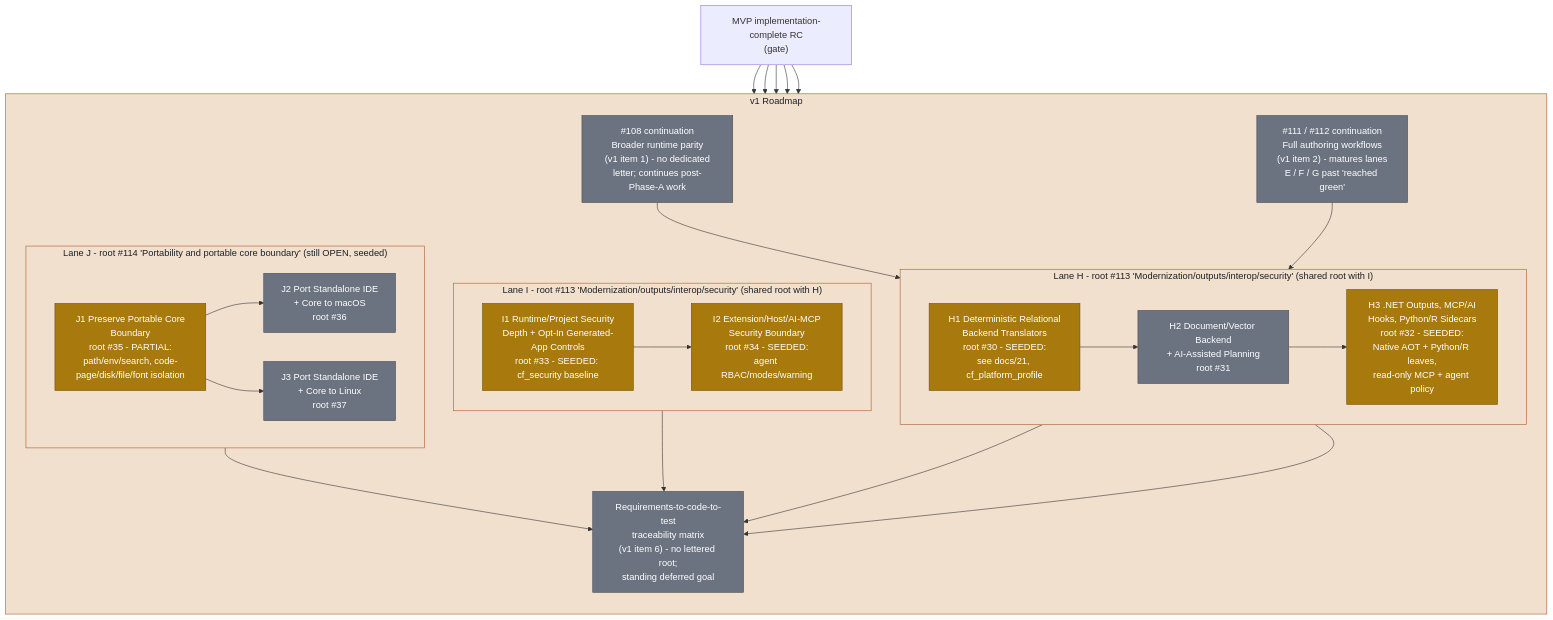
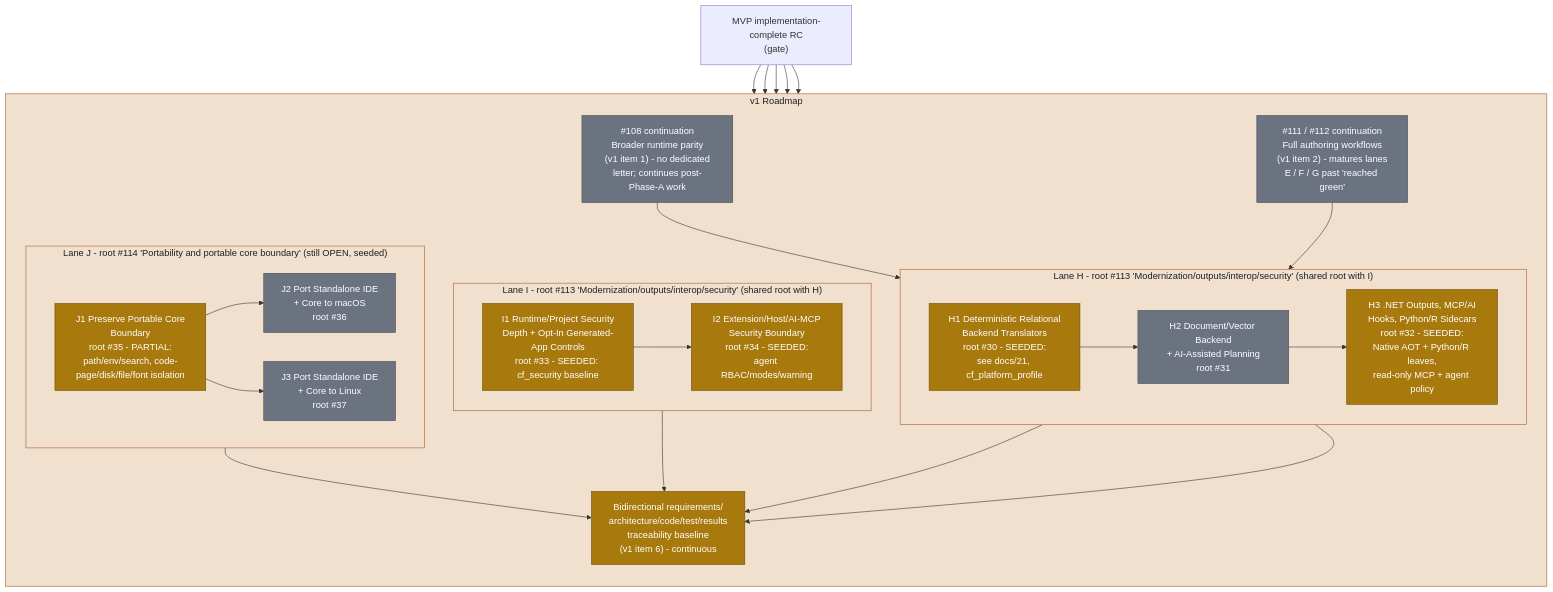
One commit to rhamenator/Project-Copperfin changed the diagram in docs/diagrams/roadmap-v1-lanes-hij.md. Above: the diagram before and after it, drawn with Mermaid. The commit also changed 16 other files, not shown here.

Commit message:
Make requirements assurance a continuous baseline

````diff
--- a/docs/diagrams/roadmap-v1-lanes-hij.md
+++ b/docs/diagrams/roadmap-v1-lanes-hij.md
@@ -10,60 +10,60 @@
 ```mermaid
 flowchart TB
     classDef partial fill:#a8790c,stroke:#6e4f07,color:#ffffff,stroke-width:1px;
     classDef planned fill:#6b7280,stroke:#484d54,color:#ffffff,stroke-width:1px;
     classDef lane fill:#f2e0cf,stroke:#a85a2a,color:#1b2024,stroke-width:1px;
 
     MVP["MVP implementation-complete RC<br/>(gate)"]
 
     subgraph V1["v1 Roadmap"]
       direction TB
 
       CONT1["#108 continuation<br/>Broader runtime parity<br/>(v1 item 1) - no dedicated<br/>letter; continues post-Phase-A work"]
       CONT2["#111 / #112 continuation<br/>Full authoring workflows<br/>(v1 item 2) - matures lanes<br/>E / F / G past 'reached green'"]
 
       subgraph LANEH["Lane H - root #113 'Modernization/outputs/interop/security' (shared root with I)"]
         direction LR
         H1["H1 Deterministic Relational<br/>Backend Translators<br/>root #30 - SEEDED:<br/>see docs/21, cf_platform_profile"]
         H2["H2 Document/Vector Backend<br/>+ AI-Assisted Planning<br/>root #31"]
         H3["H3 .NET Outputs, MCP/AI<br/>Hooks, Python/R Sidecars<br/>root #32 - SEEDED:<br/>Native AOT + Python/R leaves,<br/>read-only MCP + agent policy"]
         H1 --> H2 --> H3
       end
 
       subgraph LANEI["Lane I - root #113 'Modernization/outputs/interop/security' (shared root with H)"]
         direction LR
         I1["I1 Runtime/Project Security<br/>Depth + Opt-In Generated-<br/>App Controls<br/>root #33 - SEEDED: cf_security baseline"]
         I2["I2 Extension/Host/AI-MCP<br/>Security Boundary<br/>root #34 - SEEDED:<br/>agent RBAC/modes/warning"]
         I1 --> I2
       end
 
       subgraph LANEJ["Lane J - root #114 'Portability and portable core boundary' (still OPEN, seeded)"]
         direction LR
         J1["J1 Preserve Portable Core<br/>Boundary<br/>root #35 - PARTIAL:<br/>path/env/search, code-page/disk/file/font isolation"]
         J2["J2 Port Standalone IDE<br/>+ Core to macOS<br/>root #36"]
         J3["J3 Port Standalone IDE<br/>+ Core to Linux<br/>root #37"]
         J1 --> J2
         J1 --> J3
       end
 
-      TRACE["Requirements-to-code-to-test<br/>traceability matrix<br/>(v1 item 6) - no lettered root;<br/>standing deferred goal"]
+      TRACE["Bidirectional requirements/<br/>architecture/code/test/results<br/>traceability baseline<br/>(v1 item 6) - continuous"]
     end
 
     MVP --> CONT1
     MVP --> CONT2
     MVP --> LANEH
     MVP --> LANEI
     MVP --> LANEJ
     CONT1 --> H1
     CONT2 --> H3
     H1 --> TRACE
     H3 --> TRACE
     I2 --> TRACE
     J1 --> TRACE
 
     class CONT1,CONT2 planned;
     class H1,H3,I1,I2,J1 partial;
     class H2 planned;
     class J2,J3 planned;
-    class TRACE planned;
+    class TRACE partial;
     class V1,LANEH,LANEI,LANEJ lane;
 ```
````
